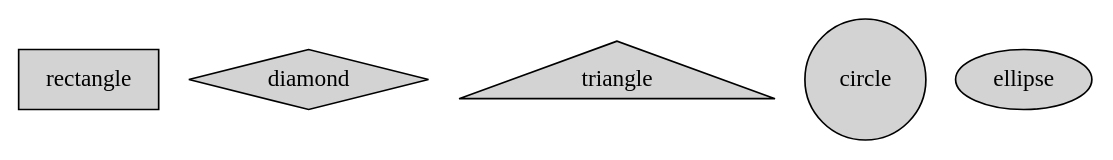
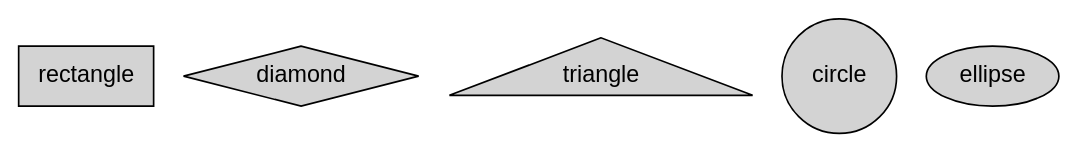
One commit to libyui/libyui changed the diagram in libyui-qt-graph/examples/shapes.dot. Above: the diagram before and after it, drawn with Graphviz. The commit also changed 4 other files, not shown here.

```diff
--- a/libyui-qt-graph/examples/shapes.dot
+++ b/libyui-qt-graph/examples/shapes.dot
@@ -1,10 +1,10 @@
 digraph
 {
-    node [style="filled"];
+    node [style="filled", fontname="Helvetica"];
 
     rectangle [shape="rectangle"];
     diamond [shape="diamond"];
     triangle [shape="triangle"];
     circle [shape="circle"];
     ellipse [shape="ellipse"];
 }
```
